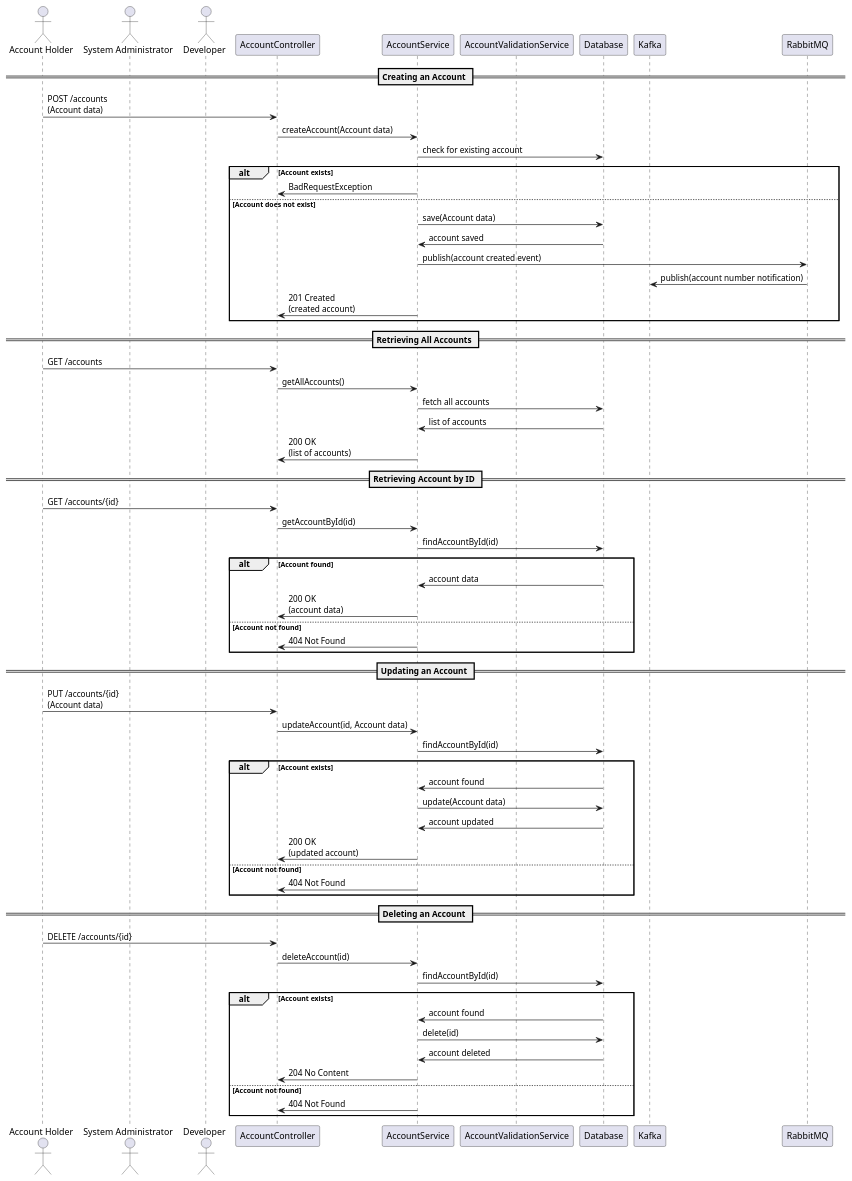
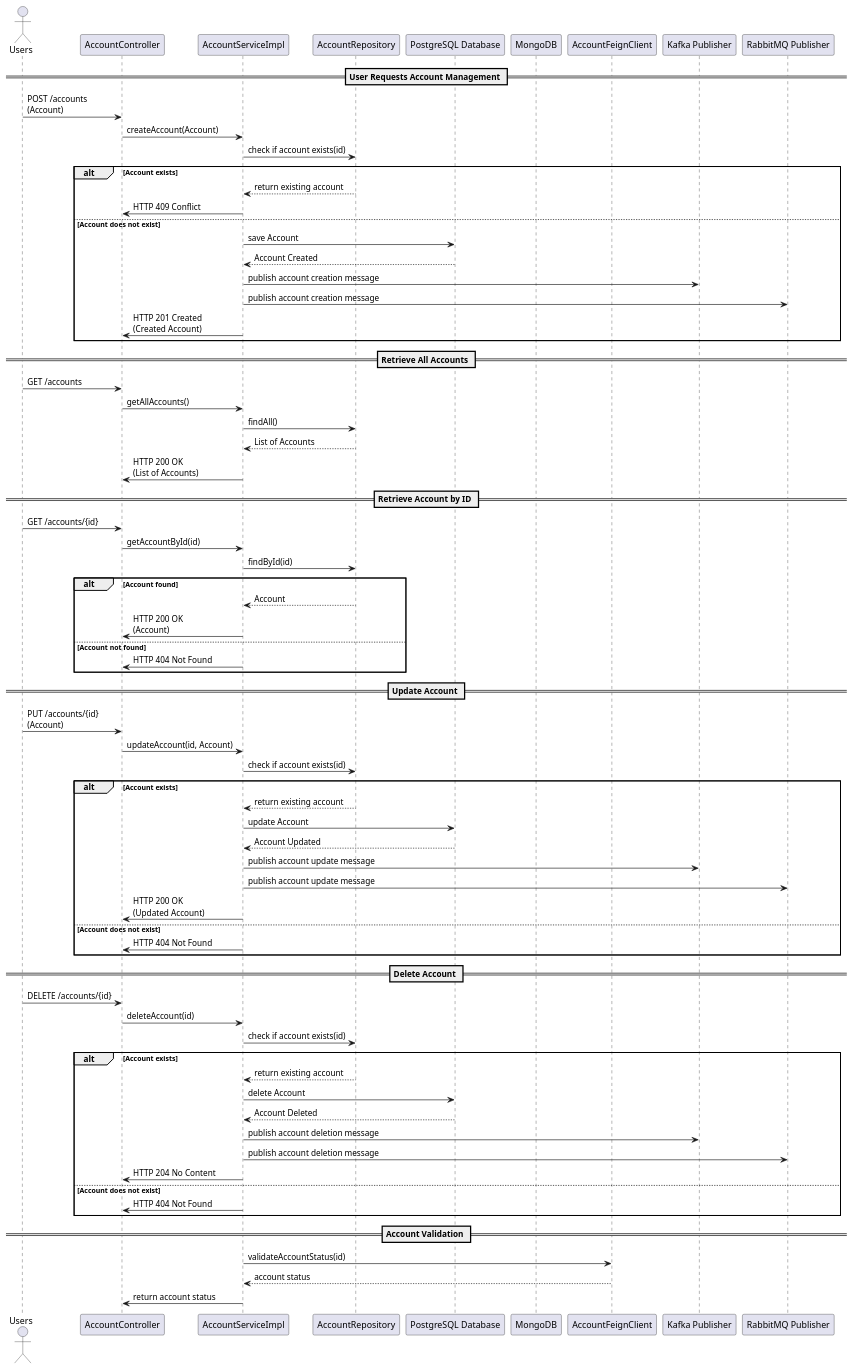
The diagram in design_document/AccountService.md (Bhaskar-Pavan/AccountService), drawn with PlantUML before and after one commit. The commit also changed other lines of this file, not shown here.

````diff
--- a/design_document/AccountService.md
+++ b/design_document/AccountService.md
@@ -37,72 +35,82 @@
 ```plantuml
 @startuml
-actor "Account Holder" as AH
-actor "System Administrator" as SA
-actor "Developer" as D
-participant "AccountController" as AC
-participant "AccountService" as AS
-participant "AccountValidationService" as AVS
-participant "Database" as DB
-participant "Kafka" as K
-participant "RabbitMQ" as R
+actor Users as User
+participant "AccountController" as Controller
+participant "AccountServiceImpl" as Service
+participant "AccountRepository" as Repo
+participant "PostgreSQL Database" as PostgreSQL
+participant "MongoDB" as MongoDB
+participant "AccountFeignClient" as FeignClient
+participant "Kafka Publisher" as Kafka
+participant "RabbitMQ Publisher" as RabbitMQ
 
-== Creating an Account ==
-AH -> AC : POST /accounts\n(Account data)
-AC -> AS : createAccount(Account data)
-AS -> DB : check for existing account
+== User Requests Account Management ==
+User -> Controller : POST /accounts\n(Account)
+Controller -> Service : createAccount(Account)
+Service -> Repo : check if account exists(id)
 alt Account exists
-    AS -> AC : BadRequestException
+    Repo --> Service : return existing account
+    Service -> Controller : HTTP 409 Conflict
 else Account does not exist
-    AS -> DB : save(Account data)
-    DB -> AS : account saved
-    AS -> R : publish(account created event)
-    R -> K : publish(account number notification)
-    AS -> AC : 201 Created\n(created account)
+    Service -> PostgreSQL : save Account
+    PostgreSQL --> Service : Account Created
+    Service -> Kafka : publish account creation message
+    Service -> RabbitMQ : publish account creation message
+    Service -> Controller : HTTP 201 Created\n(Created Account)
 end
 
-== Retrieving All Accounts ==
-AH -> AC : GET /accounts
-AC -> AS : getAllAccounts()
-AS -> DB : fetch all accounts
-DB -> AS : list of accounts
-AS -> AC : 200 OK\n(list of accounts)
+== Retrieve All Accounts ==
+User -> Controller : GET /accounts
+Controller -> Service : getAllAccounts()
+Service -> Repo : findAll()
+Repo --> Service : List of Accounts
+Service -> Controller : HTTP 200 OK\n(List of Accounts)
 
-== Retrieving Account by ID ==
-AH -> AC : GET /accounts/{id}
-AC -> AS : getAccountById(id)
-AS -> DB : findAccountById(id)
+== Retrieve Account by ID ==
+User -> Controller : GET /accounts/{id}
+Controller -> Service : getAccountById(id)
+Service -> Repo : findById(id)
 alt Account found
-    DB -> AS : account data
-    AS -> AC : 200 OK\n(account data)
+    Repo --> Service : Account
+    Service -> Controller : HTTP 200 OK\n(Account)
 else Account not found
-    AS -> AC : 404 Not Found
+    Service -> Controller : HTTP 404 Not Found
 end
 
-== Updating an Account ==
-AH -> AC : PUT /accounts/{id}\n(Account data)
-AC -> AS : updateAccount(id, Account data)
-AS -> DB : findAccountById(id)
+== Update Account ==
+User -> Controller : PUT /accounts/{id}\n(Account)
+Controller -> Service : updateAccount(id, Account)
+Service -> Repo : check if account exists(id)
 alt Account exists
-    DB -> AS : account found
-    AS -> DB : update(Account data)
-    DB -> AS : account updated
-    AS -> AC : 200 OK\n(updated account)
-else Account not found
-    AS -> AC : 404 Not Found
+    Repo --> Service : return existing account
+    Service -> PostgreSQL : update Account
+    PostgreSQL --> Service : Account Updated
+    Service -> Kafka : publish account update message
+    Service -> RabbitMQ : publish account update message
+    Service -> Controller : HTTP 200 OK\n(Updated Account)
+else Account does not exist
+    Service -> Controller : HTTP 404 Not Found
 end
 
-== Deleting an Account ==
-AH -> AC : DELETE /accounts/{id}
-AC -> AS : deleteAccount(id)
-AS -> DB : findAccountById(id)
+== Delete Account ==
+User -> Controller : DELETE /accounts/{id}
+Controller -> Service : deleteAccount(id)
+Service -> Repo : check if account exists(id)
 alt Account exists
-    DB -> AS : account found
-    AS -> DB : delete(id)
-    DB -> AS : account deleted
-    AS -> AC : 204 No Content
-else Account not found
-    AS -> AC : 404 Not Found
+    Repo --> Service : return existing account
+    Service -> PostgreSQL : delete Account
+    PostgreSQL --> Service : Account Deleted
+    Service -> Kafka : publish account deletion message
+    Service -> RabbitMQ : publish account deletion message
+    Service -> Controller : HTTP 204 No Content
+else Account does not exist
+    Service -> Controller : HTTP 404 Not Found
 end
+
+== Account Validation ==
+Service -> FeignClient : validateAccountStatus(id)
+FeignClient --> Service : account status
+Service -> Controller : return account status
 
 @enduml
 ```
````
